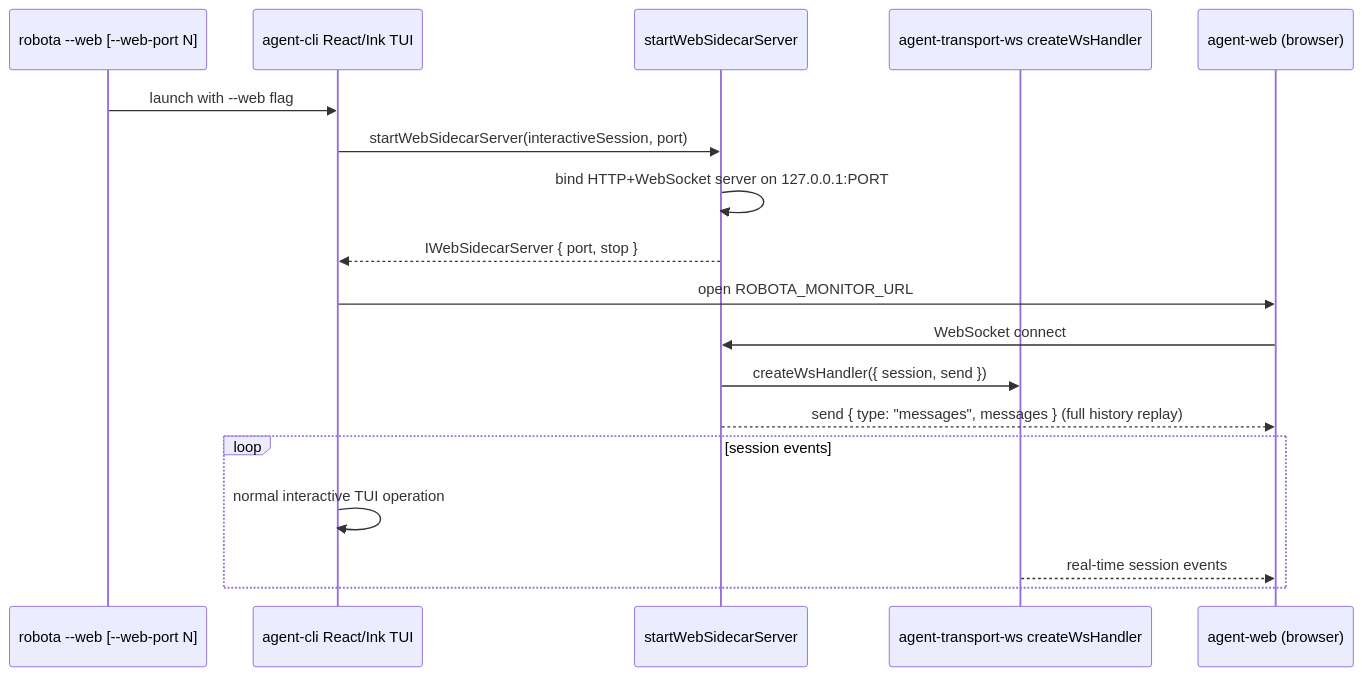
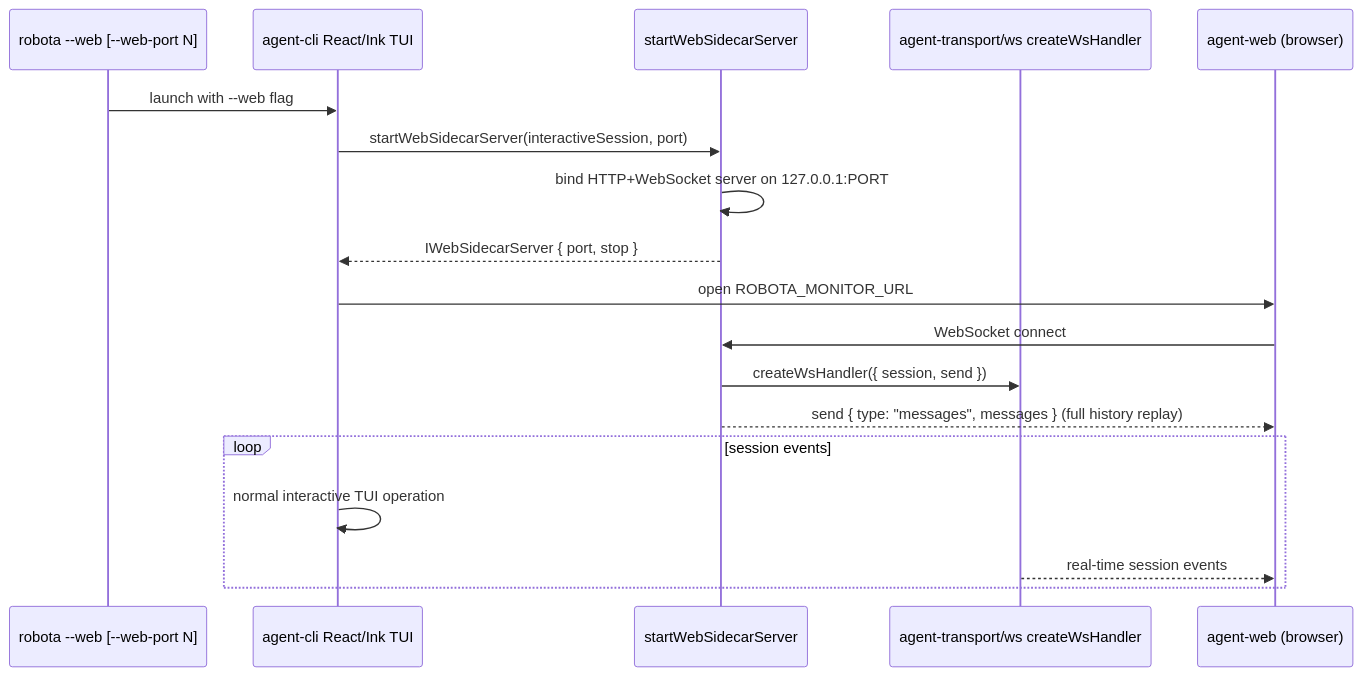
The third of 3 diagrams in .agents/specs/architecture-map/agent-cli/execution-modes.md (woojubb/robota), drawn with Mermaid before and after one commit. The commit also changed other lines of this file and 690 other files, not shown here.

````diff
--- a/.agents/specs/architecture-map/agent-cli/execution-modes.md
+++ b/.agents/specs/architecture-map/agent-cli/execution-modes.md
@@ -64,23 +64,23 @@
 ```mermaid
 sequenceDiagram
   participant User as robota --web [--web-port N]
   participant TUI as agent-cli React/Ink TUI
   participant Sidecar as startWebSidecarServer
-  participant WsTransport as agent-transport-ws createWsHandler
+  participant WsTransport as agent-transport/ws createWsHandler
   participant Browser as agent-web (browser)
 
   User->>TUI: launch with --web flag
   TUI->>Sidecar: startWebSidecarServer(interactiveSession, port)
   Sidecar->>Sidecar: bind HTTP+WebSocket server on 127.0.0.1:PORT
   Sidecar-->>TUI: IWebSidecarServer { port, stop }
   TUI->>Browser: open ROBOTA_MONITOR_URL
 
   Browser->>Sidecar: WebSocket connect
   Sidecar->>WsTransport: createWsHandler({ session, send })
   Sidecar-->>Browser: send { type: "messages", messages } (full history replay)
 
   loop session events
     TUI->>TUI: normal interactive TUI operation
     WsTransport-->>Browser: real-time session events
   end
 ```
````
